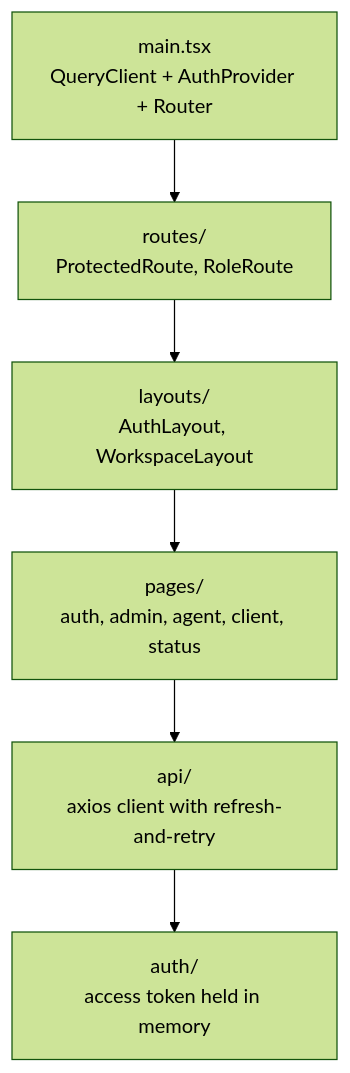
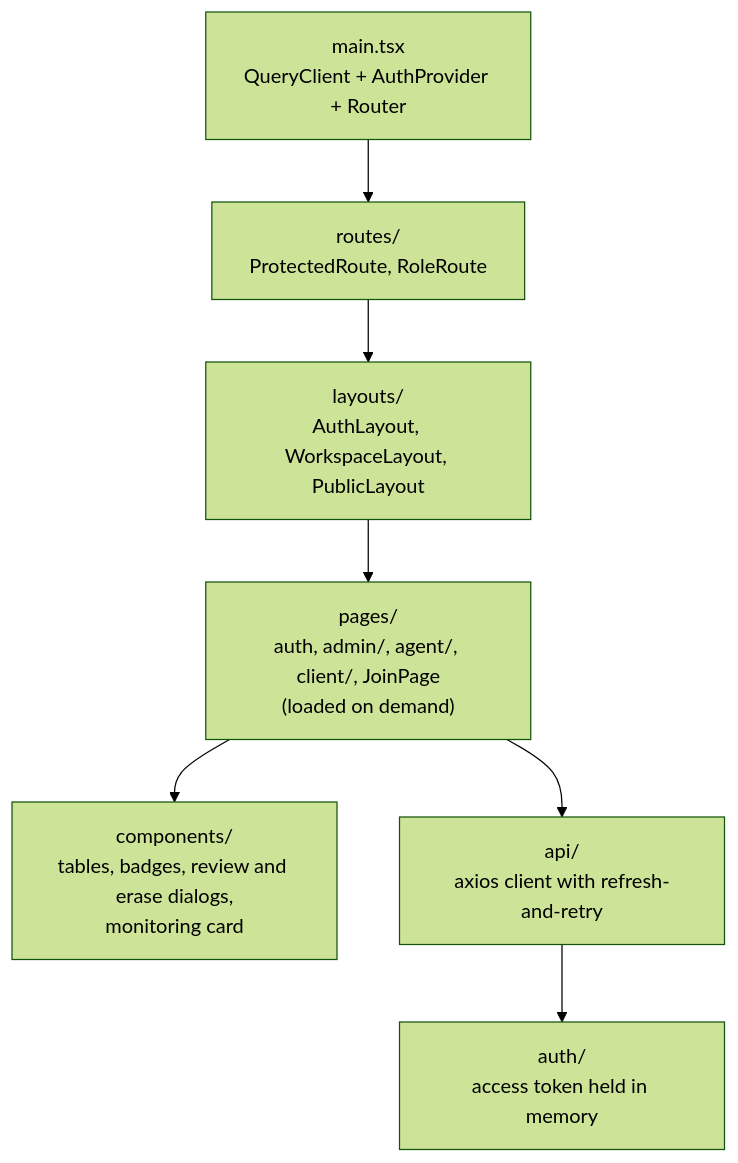
The third of 3 diagrams in docs/architecture.md (Myranyamwanda/Salesmesh), drawn with Mermaid (forest theme) before and after one commit. The commit also changed other lines of this file, not shown here.

Commit message:
docs: describe the integrated model in the architecture overview

````diff
--- a/docs/architecture.md
+++ b/docs/architecture.md
@@ -61,13 +66,15 @@
 ```mermaid
 flowchart TB
     main["main.tsx<br/>QueryClient + AuthProvider + Router"]
     routes["routes/<br/>ProtectedRoute, RoleRoute"]
-    layouts["layouts/<br/>AuthLayout, WorkspaceLayout"]
-    pages["pages/<br/>auth, admin, agent, client, status"]
+    layouts["layouts/<br/>AuthLayout, WorkspaceLayout, PublicLayout"]
+    pages["pages/<br/>auth, admin/, agent/, client/, JoinPage<br/>(loaded on demand)"]
+    components["components/<br/>tables, badges, review and erase dialogs,<br/>monitoring card"]
     api["api/<br/>axios client with refresh-and-retry"]
     auth["auth/<br/>access token held in memory"]
 
     main --> routes --> layouts --> pages
+    pages --> components
     pages --> api
     api --> auth
 ```
````
